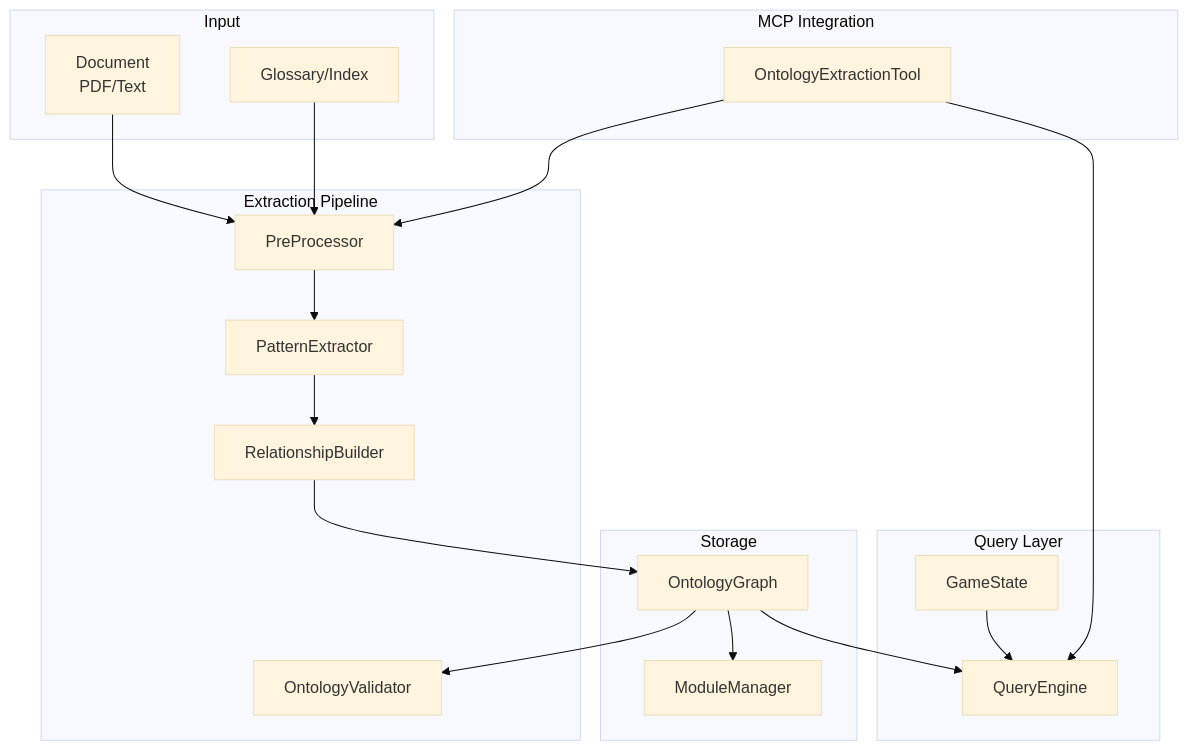
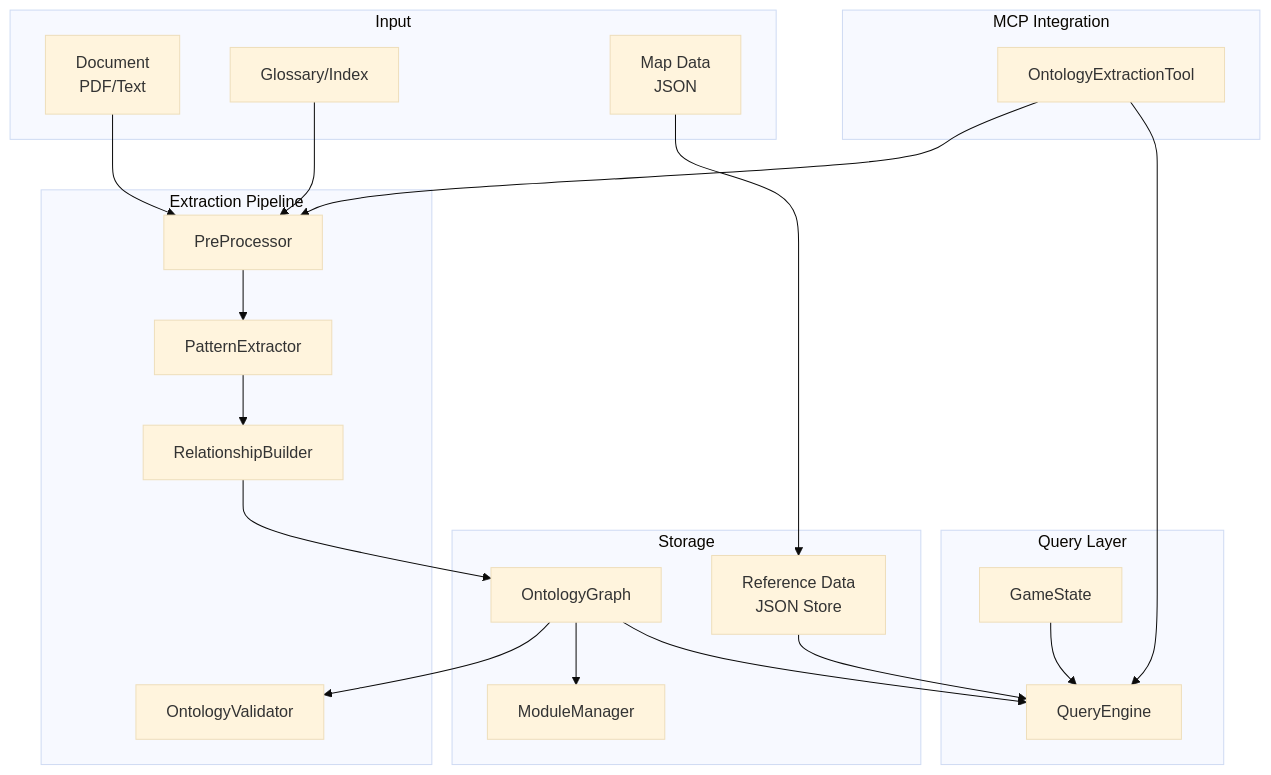
Before and after one commit to LimboDancer-Canary/LimboDancer.MCP: the first of 5 diagrams in src/docs/Implementation/Phase 3/Phase 3- Ontology Extraction Engine Design Plan.md, drawn with Mermaid (base theme). The commit also changed other lines of this file and 1 other file, not shown here.

````diff
--- a/src/docs/Implementation/Phase 3/Phase 3- Ontology Extraction Engine Design Plan.md
+++ b/src/docs/Implementation/Phase 3/Phase 3- Ontology Extraction Engine Design Plan.md
@@ -9,40 +29,44 @@
 ```mermaid
 flowchart TB
     subgraph Input
         D[Document<br/>PDF/Text]
         G[Glossary/Index]
+        M[Map Data<br/>JSON]
     end
     
     subgraph "Extraction Pipeline"
         PP[PreProcessor]
         PE[PatternExtractor]
         RB[RelationshipBuilder]
         V[OntologyValidator]
     end
     
     subgraph Storage
         OG[OntologyGraph]
         MM[ModuleManager]
+        RD[Reference Data<br/>JSON Store]
     end
     
     subgraph "Query Layer"
         QE[QueryEngine]
         GS[GameState]
     end
     
     subgraph "MCP Integration"
         OET[OntologyExtractionTool]
     end
     
     D --> PP
     G --> PP
     PP --> PE
     PE --> RB
     RB --> OG
     OG --> V
     OG --> MM
+    M --> RD
     OG --> QE
+    RD --> QE
     GS --> QE
     OET --> PP
     OET --> QE
 ```
````
